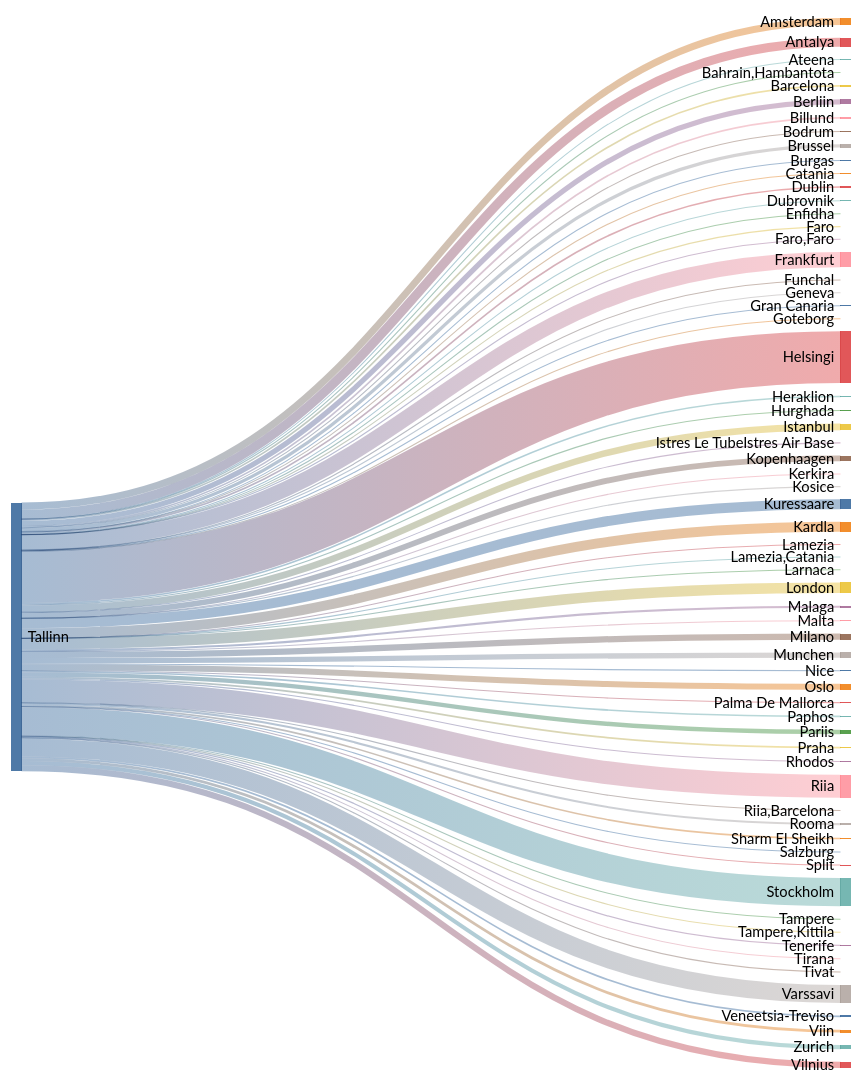
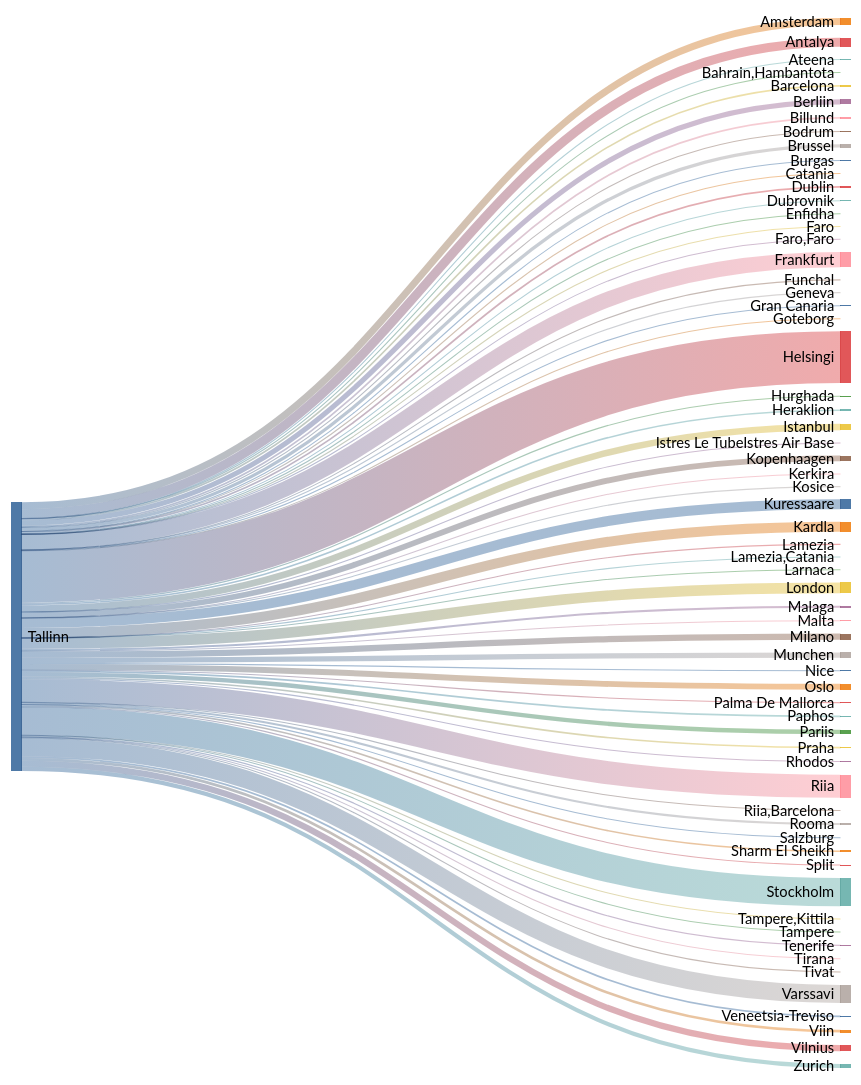
One commit to rainermesi/tll-airport-departures changed the second of 2 diagrams in README.md. Above: the diagram before and after it, drawn with Mermaid (forest theme). The commit also changed other lines of this file, not shown here.

````diff
--- a/README.md
+++ b/README.md
@@ -34,76 +34,76 @@
 ```mermaid
 ---
 config:
   sankey:
     showValues: false
     width: 800
     height: 1000
 ---
 sankey-beta
 %% source,target,value
-Tallinn,Amsterdam,203
+Tallinn,Amsterdam,204
 Tallinn,Antalya,264
 Tallinn,Ateena,16
 Tallinn,"Bahrain,Hambantota",1
 Tallinn,Barcelona,47
-Tallinn,Berliin,151
+Tallinn,Berliin,152
 Tallinn,Billund,49
 Tallinn,Bodrum,11
 Tallinn,Brussel,95
 Tallinn,Burgas,21
 Tallinn,Catania,2
-Tallinn,Dublin,48
+Tallinn,Dublin,49
 Tallinn,Dubrovnik,21
 Tallinn,Enfidha,7
 Tallinn,Faro,4
 Tallinn,"Faro,Faro",1
-Tallinn,Frankfurt,447
+Tallinn,Frankfurt,449
 Tallinn,Funchal,5
-Tallinn,Geneva,3
+Tallinn,Geneva,4
 Tallinn,Gran Canaria,23
 Tallinn,Goteborg,1
-Tallinn,Helsingi,1511
+Tallinn,Helsingi,1517
 Tallinn,Heraklion,46
-Tallinn,Hurghada,32
-Tallinn,Istanbul,194
+Tallinn,Hurghada,34
+Tallinn,Istanbul,195
 Tallinn,Istres Le TubeIstres Air Base,2
 Tallinn,Kerkira,4
 Tallinn,Kopenhaagen,168
 Tallinn,Kosice,1
-Tallinn,Kuressaare,291
-Tallinn,Kardla,291
+Tallinn,Kuressaare,292
+Tallinn,Kardla,292
 Tallinn,Lamezia,1
 Tallinn,"Lamezia,Catania",3
 Tallinn,Larnaca,4
-Tallinn,London,311
+Tallinn,London,313
 Tallinn,Malaga,62
 Tallinn,Malta,15
-Tallinn,Milano,182
-Tallinn,Munchen,155
+Tallinn,Milano,183
+Tallinn,Munchen,156
 Tallinn,Nice,25
 Tallinn,Oslo,173
 Tallinn,Palma De Mallorca,19
 Tallinn,Paphos,48
 Tallinn,Pariis,127
 Tallinn,Praha,49
 Tallinn,Rhodos,32
-Tallinn,Riia,674
+Tallinn,Riia,678
 Tallinn,"Riia,Barcelona",1
 Tallinn,Rooma,61
-Tallinn,Salzburg,4
+Tallinn,Salzburg,5
 Tallinn,Sharm El Sheikh,46
 Tallinn,Split,25
-Tallinn,Stockholm,823
+Tallinn,Stockholm,826
 Tallinn,Tampere,17
-Tallinn,"Tampere,Kittila",4
+Tallinn,"Tampere,Kittila",5
 Tallinn,Tenerife,35
 Tallinn,Tirana,8
 Tallinn,Tivat,26
-Tallinn,Varssavi,522
+Tallinn,Varssavi,525
 Tallinn,Veneetsia-Treviso,49
 Tallinn,Viin,80
 Tallinn,Vilnius,181
-Tallinn,Zurich,121
+Tallinn,Zurich,122
 
 
 ```
````
